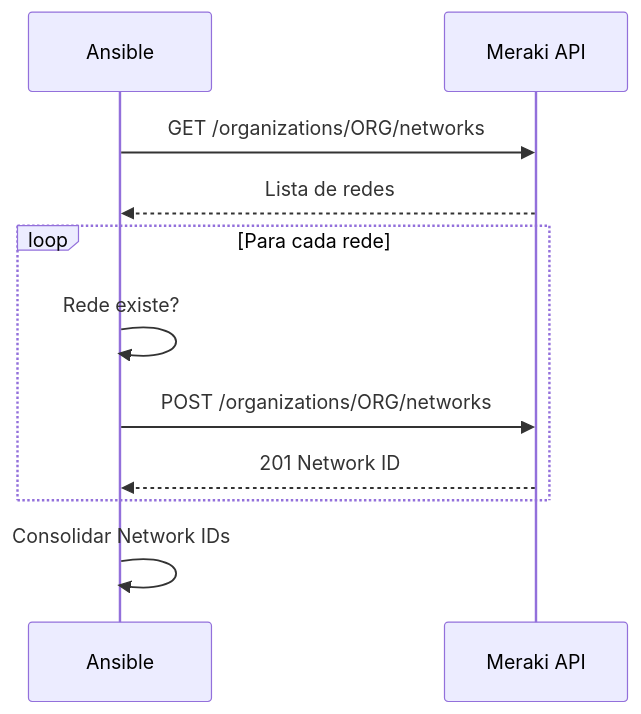
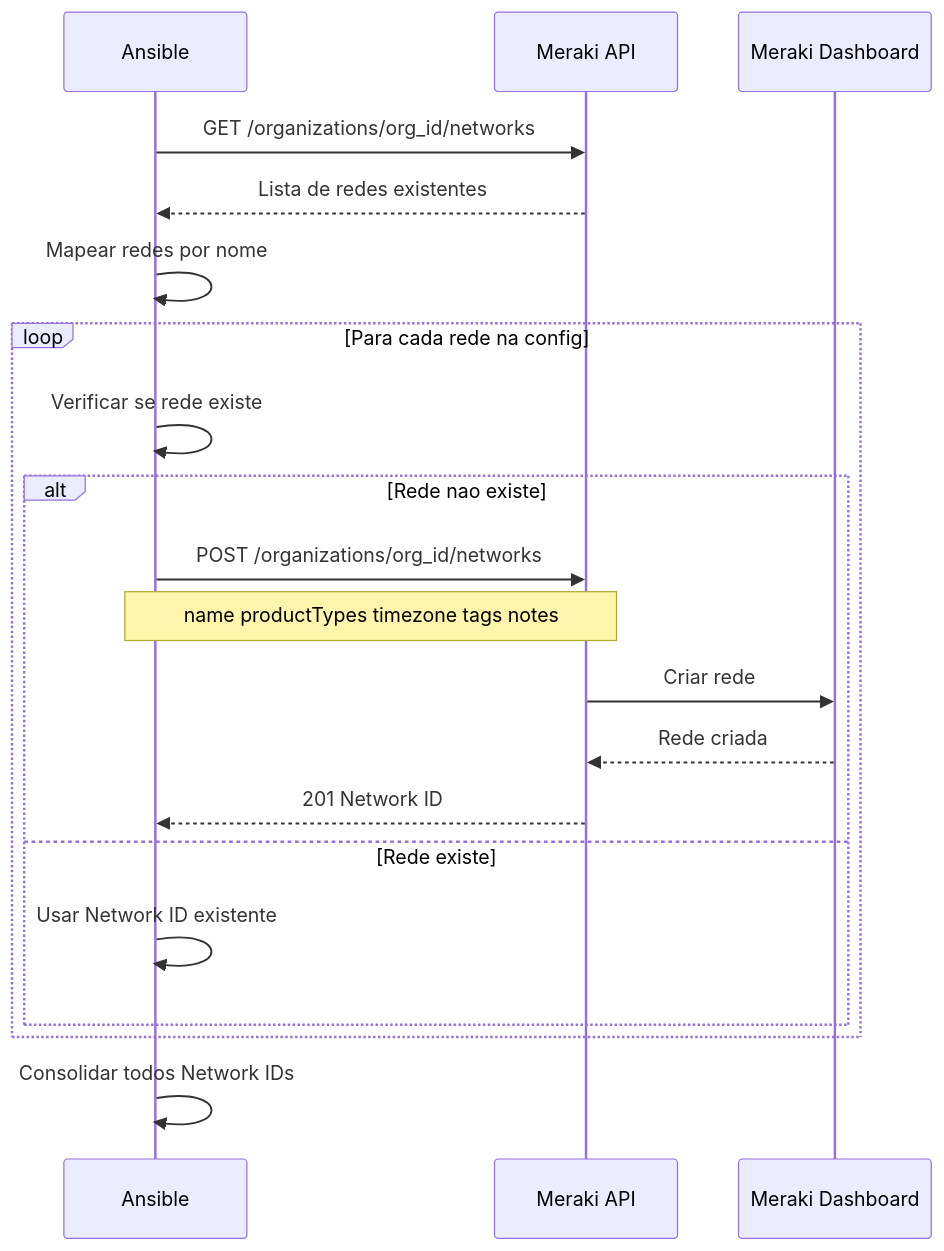
One commit to rodrigo-freitas-com/meraki-ansible changed the seventh of 13 diagrams in docs/system-modeling.md. Above: the diagram before and after it, drawn with Mermaid. The commit also changed other lines of this file, not shown here.

````diff
--- a/docs/system-modeling.md
+++ b/docs/system-modeling.md
@@ -232,16 +264,27 @@
 ```mermaid
 sequenceDiagram
     participant A as Ansible
     participant M as Meraki API
+    participant DB as Meraki Dashboard
 
-    A->>M: GET /organizations/ORG/networks
-    M-->>A: Lista de redes
+    A->>M: GET /organizations/org_id/networks
+    M-->>A: Lista de redes existentes
 
-    loop Para cada rede
-        A->>A: Rede existe?
-        A->>M: POST /organizations/ORG/networks
-        M-->>A: 201 Network ID
+    A->>A: Mapear redes por nome
+
+    loop Para cada rede na config
+        A->>A: Verificar se rede existe
+
+        alt Rede nao existe
+            A->>M: POST /organizations/org_id/networks
+            Note over A,M: name productTypes timezone tags notes
+            M->>DB: Criar rede
+            DB-->>M: Rede criada
+            M-->>A: 201 Network ID
+        else Rede existe
+            A->>A: Usar Network ID existente
+        end
     end
 
-    A->>A: Consolidar Network IDs
+    A->>A: Consolidar todos Network IDs
 ```
````
